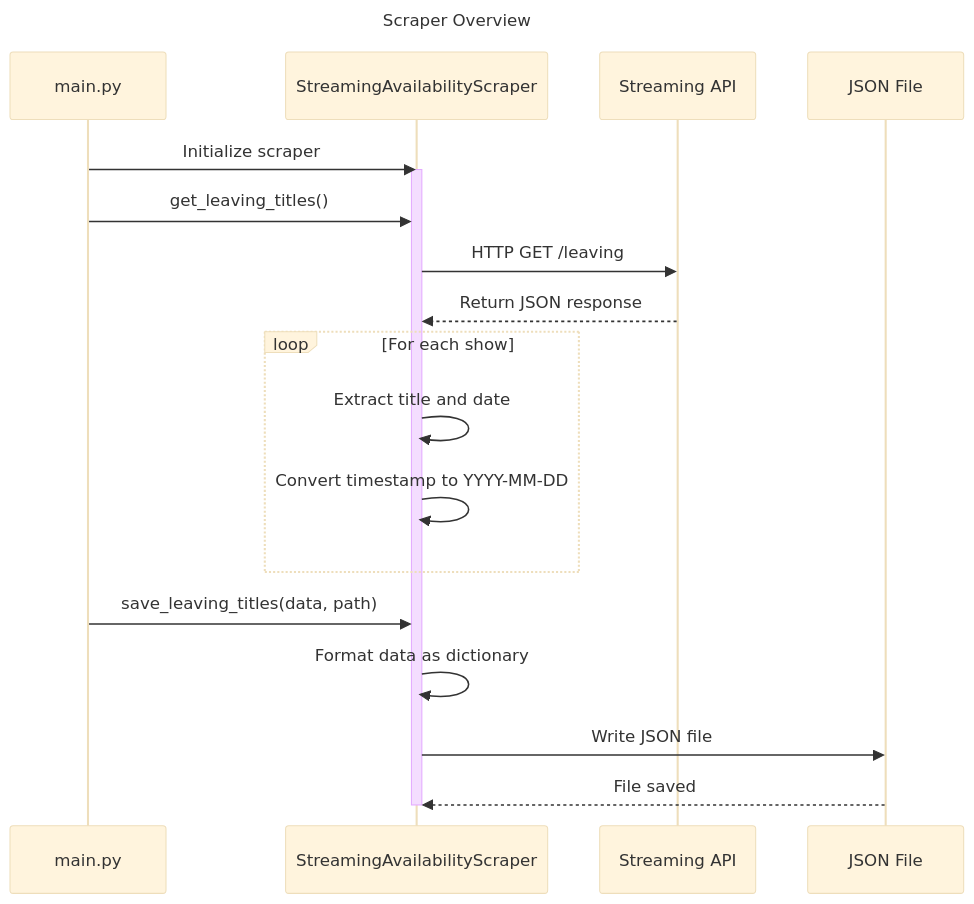
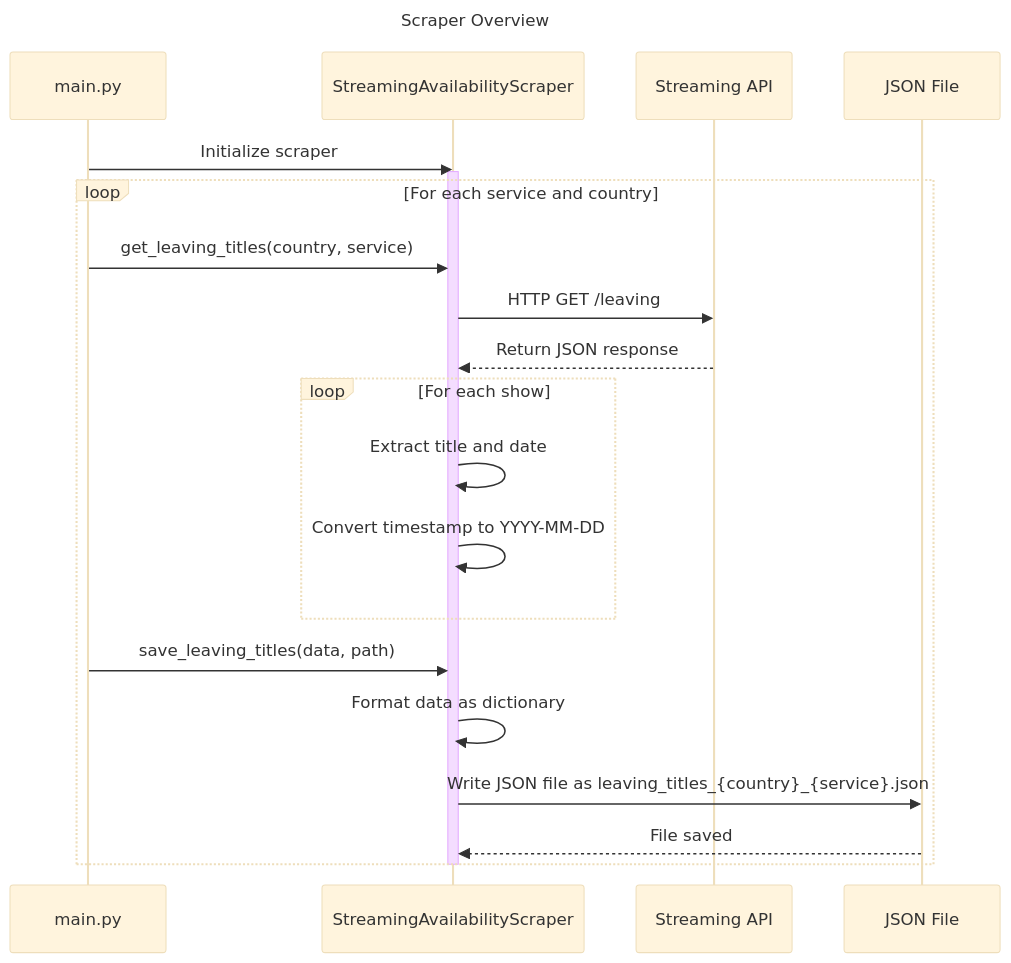
One commit to sakan811/show-leaving-soon-tracker-website changed the diagram in docs/mermaid-charts/scraper-overview.mmd. Above: the diagram before and after it, drawn with Mermaid (base theme). The commit also changed 3 other files, not shown here.

```diff
--- a/docs/mermaid-charts/scraper-overview.mmd
+++ b/docs/mermaid-charts/scraper-overview.mmd
@@ -1,26 +1,28 @@
 ---
 title: Scraper Overview
 ---
 sequenceDiagram
     participant Script as main.py
     participant Scraper as StreamingAvailabilityScraper
     participant API as Streaming API
     participant FileSystem as JSON File
 
     Script->>Scraper: Initialize scraper
     activate Scraper
     
-    Script->>Scraper: get_leaving_titles()
-    Scraper->>API: HTTP GET /leaving
-    API-->>Scraper: Return JSON response
-    
-    loop For each show
-        Scraper->>Scraper: Extract title and date
-        Scraper->>Scraper: Convert timestamp to YYYY-MM-DD
+    loop For each service and country
+        Script->>Scraper: get_leaving_titles(country, service)
+        Scraper->>API: HTTP GET /leaving
+        API-->>Scraper: Return JSON response
+        
+        loop For each show
+            Scraper->>Scraper: Extract title and date
+            Scraper->>Scraper: Convert timestamp to YYYY-MM-DD
+        end
+
+        Script->>Scraper: save_leaving_titles(data, path)
+        Scraper->>Scraper: Format data as dictionary
+        Scraper->>FileSystem: Write JSON file as leaving_titles_{country}_{service}.json
+        FileSystem-->>Scraper: File saved
     end
-
-    Script->>Scraper: save_leaving_titles(data, path)
-    Scraper->>Scraper: Format data as dictionary
-    Scraper->>FileSystem: Write JSON file
-    FileSystem-->>Scraper: File saved
     deactivate Scraper
```
